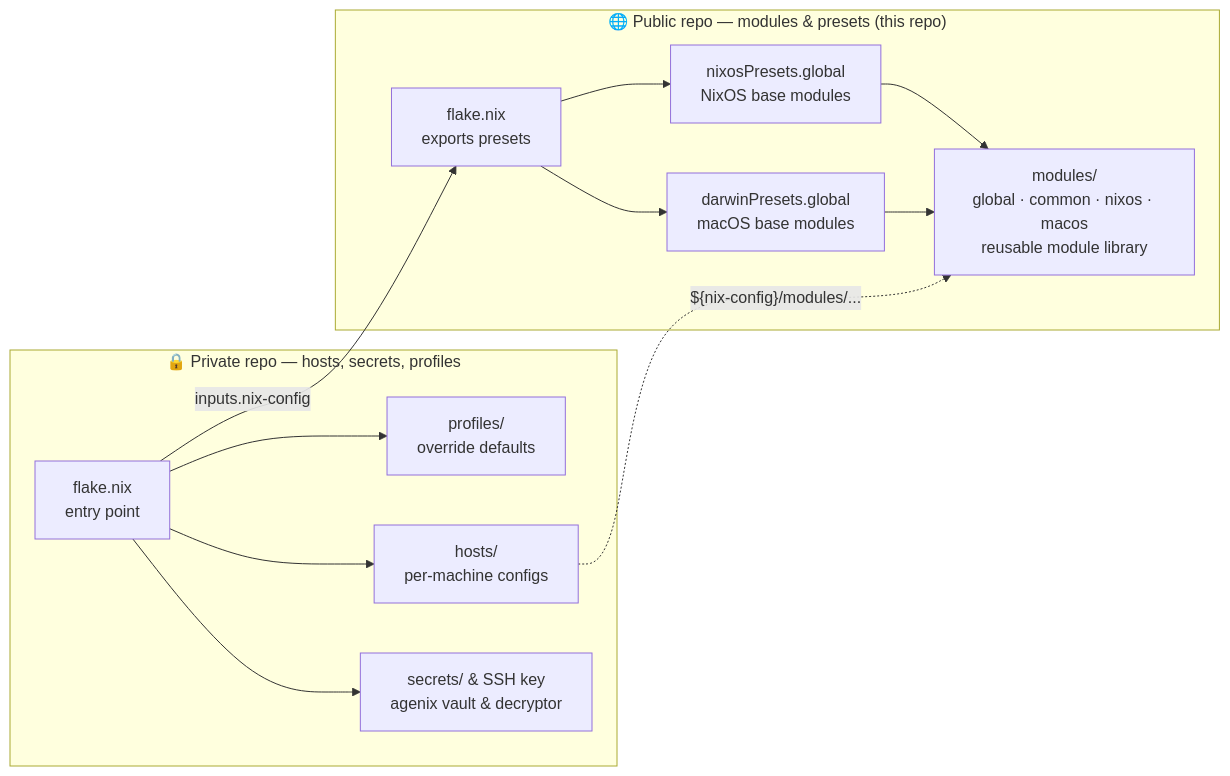
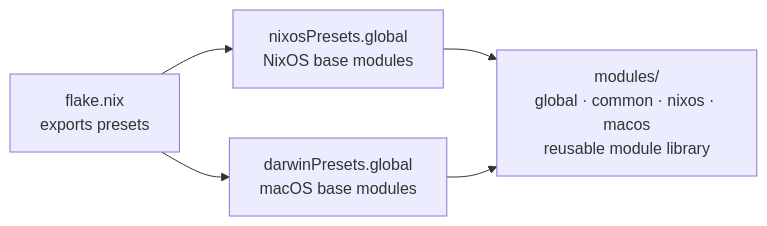
Before and after one commit to computercam/nix-config: the second of 2 diagrams in README.md, drawn with Mermaid. The commit also changed other lines of this file, not shown here.

Commit message:
Diagram: split into two separate diagrams with connecting comment

````diff
--- a/README.md
+++ b/README.md
@@ -9,20 +20,7 @@
 ```mermaid
 flowchart LR
-  subgraph Private["🔒 Private repo — hosts, secrets, profiles"]
-    PF["flake.nix<br/>entry point"] --> P["profiles/<br/>override defaults"]
-    PF --> H["hosts/<br/>per-machine configs"]
-    PF --> SE["secrets/ & SSH key<br/>agenix vault & decryptor"]
-  end
-
-  subgraph Public["🌐 Public repo — modules & presets (this repo)"]
-    F["flake.nix<br/>exports presets"] --> NP["nixosPresets.global<br/>NixOS base modules"]
-    F --> DP["darwinPresets.global<br/>macOS base modules"]
-
-    M["modules/<br/>global · common · nixos · macos<br/>reusable module library"]
-  end
-
-  NP --> M
+  F["flake.nix<br/>exports presets"] --> NP["nixosPresets.global<br/>NixOS base modules"]
+  F --> DP["darwinPresets.global<br/>macOS base modules"]
+  NP --> M["modules/<br/>global · common · nixos · macos<br/>reusable module library"]
   DP --> M
-  PF -->|"inputs.nix-config"| F
-  H -.->|"${nix-config}/modules/..."| M
 ```
````
